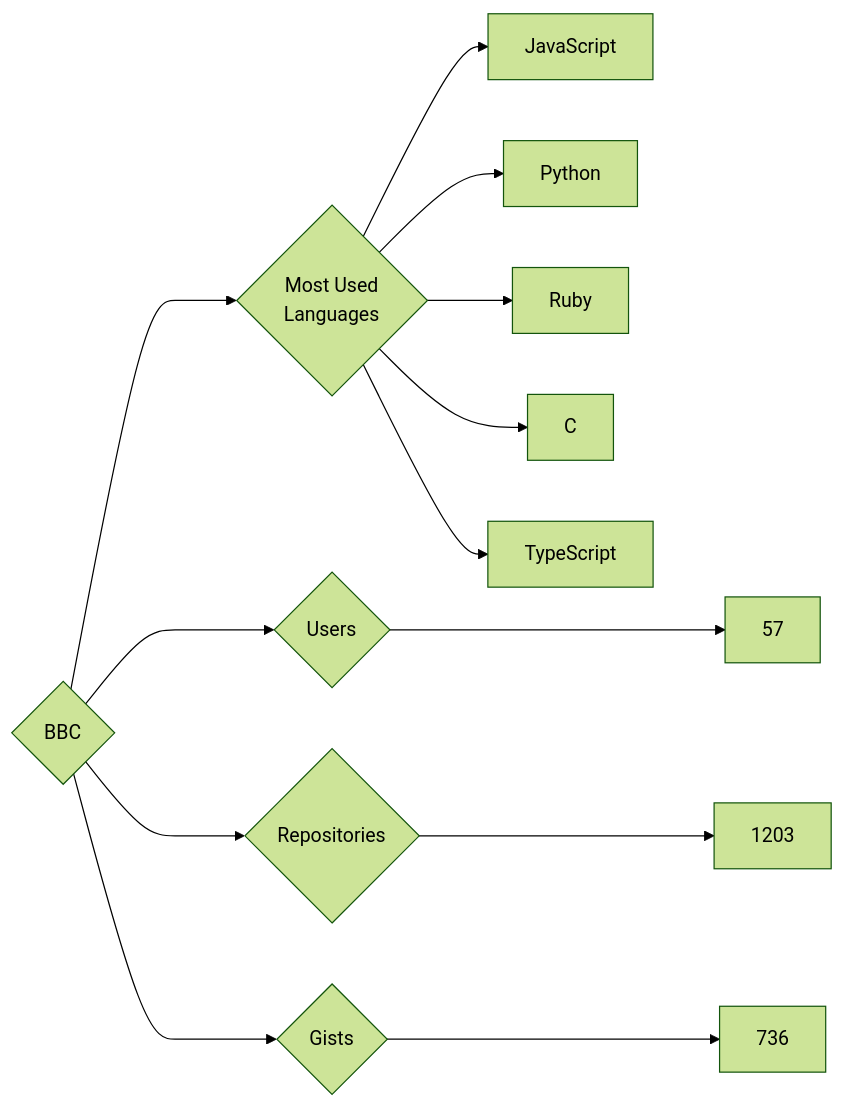
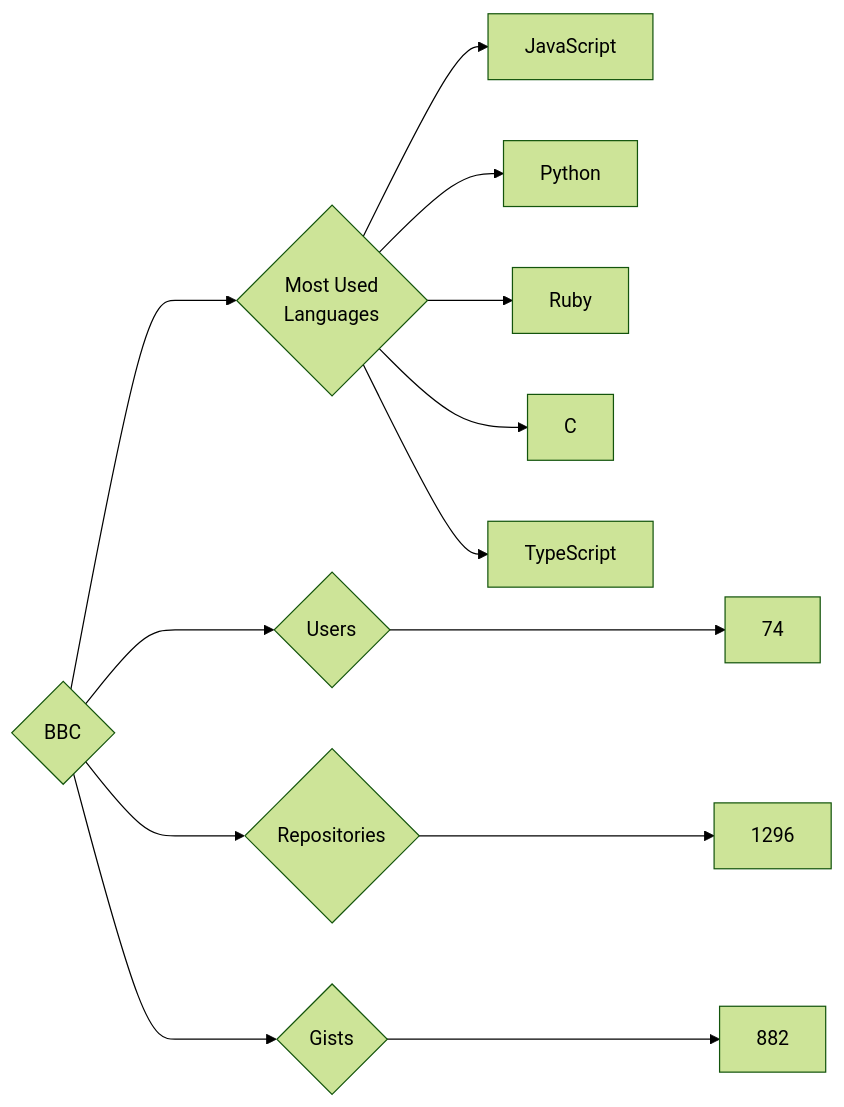
The diagram in targets/BBC/README.md (trickest/insiders), drawn with Mermaid (forest theme) before and after one commit. The commit also changed 951 other files, not shown here.

````diff
--- a/targets/BBC/README.md
+++ b/targets/BBC/README.md
@@ -3,13 +3,13 @@
 ```mermaid
 graph LR
 COMPANY_NAME{BBC}
-COMPANY_NAME ---> U{Users} ---> UN[57]
-COMPANY_NAME ---> R{Repositories} ---> RN[1203]
-COMPANY_NAME ---> G{Gists} ---> GN[736]
+COMPANY_NAME ---> U{Users} ---> UN[74]
+COMPANY_NAME ---> R{Repositories} ---> RN[1296]
+COMPANY_NAME ---> G{Gists} ---> GN[882]
 COMPANY_NAME ---> ML{Most Used<br>Languages}
-ML --> JavaScript
-ML --> Python
-ML --> Ruby
-ML --> C
-ML --> TypeScript
+ML --> JavaScript[JavaScript]
+ML --> Python[Python]
+ML --> Ruby[Ruby]
+ML --> C[C]
+ML --> TypeScript[TypeScript]
 ```
````
